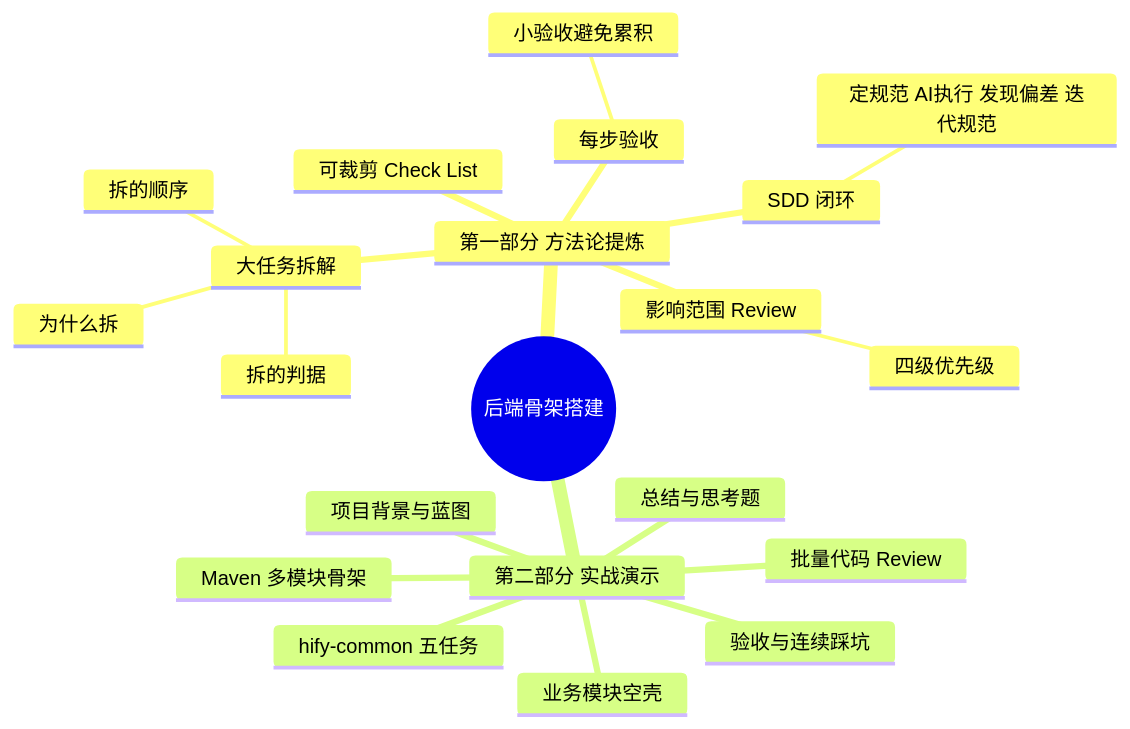
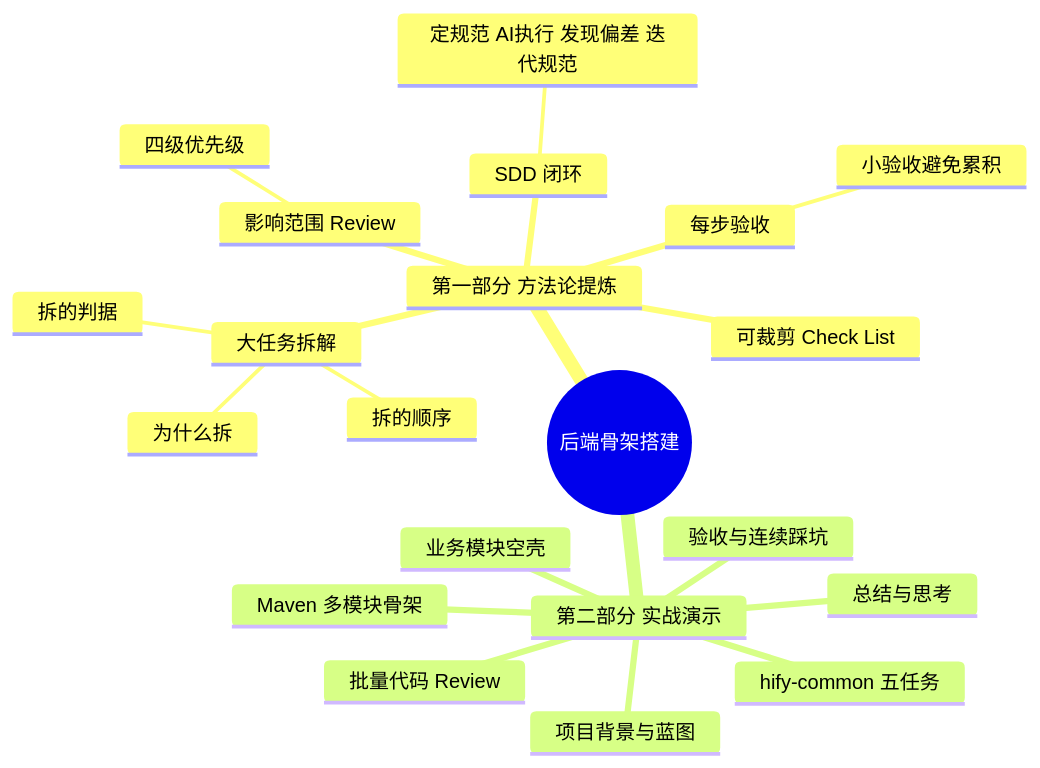
One commit to fangkun119/tech-page changed the first of 4 diagrams in _posts/2026-07-01-aicent-08-backend-foundation.md. Above: the diagram before and after it, drawn with Mermaid. The commit also changed 1082 other files, not shown here.

````diff
--- a/_posts/2026-07-01-aicent-08-backend-foundation.md
+++ b/_posts/2026-07-01-aicent-08-backend-foundation.md
@@ -27,24 +27,24 @@
 ```mermaid
 mindmap
   root((后端骨架搭建))
     第一部分 方法论提炼
       大任务拆解
         拆的判据
         拆的顺序
         为什么拆
       影响范围 Review
         四级优先级
       每步验收
         小验收避免累积
       SDD 闭环
         定规范 AI执行 发现偏差 迭代规范
       可裁剪 Check List
     第二部分 实战演示
       项目背景与蓝图
       Maven 多模块骨架
       hify-common 五任务
       业务模块空壳
       验收与连续踩坑
       批量代码 Review
-      总结与思考题
+      总结与思考
 ```
````
